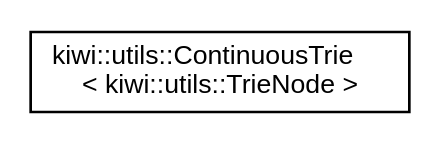
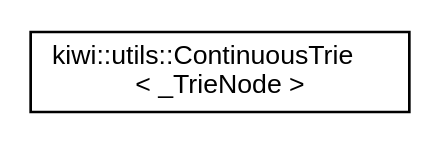
One commit to bab2min/Kiwi changed the diagram in inherit_graph_83.dot. Above: the diagram before and after it, drawn with Graphviz. The commit also changed 205 other files, not shown here.

```diff
--- a/inherit_graph_83.dot
+++ b/inherit_graph_83.dot
@@ -1,8 +1,8 @@
 digraph "Graphical Class Hierarchy"
 {
  // LATEX_PDF_SIZE
   edge [fontname="Helvetica",fontsize="10",labelfontname="Helvetica",labelfontsize="10"];
   node [fontname="Helvetica",fontsize="10",shape=record];
   rankdir="LR";
-  Node0 [label="kiwi::utils::ContinuousTrie\l\< kiwi::utils::TrieNode \>",height=0.2,width=0.4,color="black", fillcolor="white", style="filled",URL="$classkiwi_1_1utils_1_1ContinuousTrie.html",tooltip=" "];
+  Node0 [label="kiwi::utils::ContinuousTrie\l\< _TrieNode \>",height=0.2,width=0.4,color="black", fillcolor="white", style="filled",URL="$classkiwi_1_1utils_1_1ContinuousTrie.html",tooltip=" "];
 }
```
